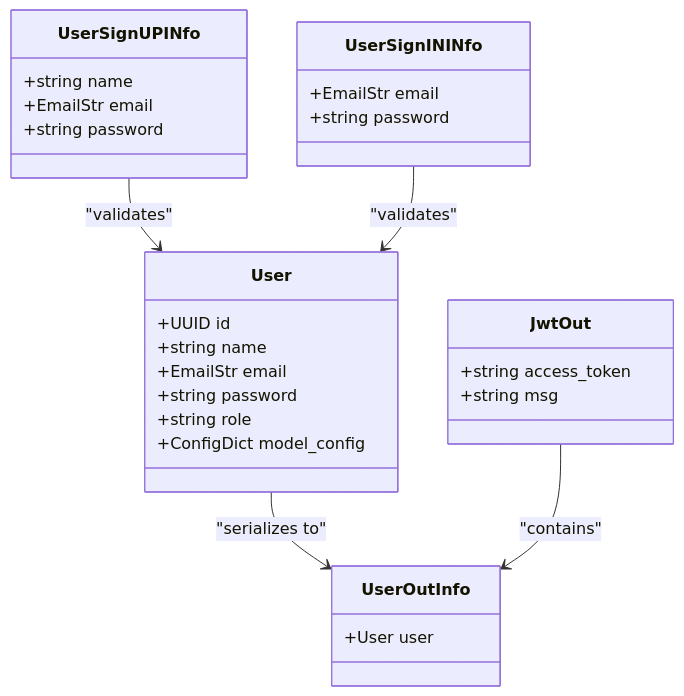
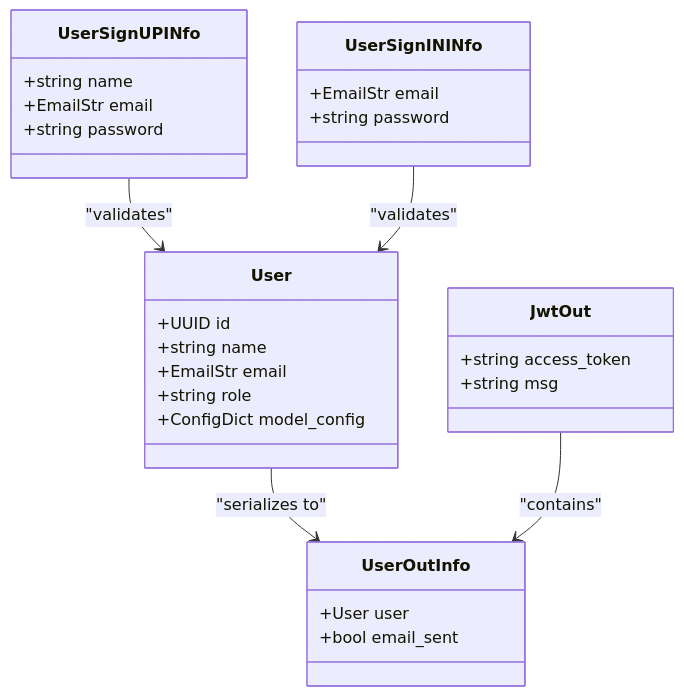
One commit to srikant-panda/auth-service changed the fourth of 8 diagrams in .qoder/repowiki/en/content/Core Concepts/Data Models and Pydantic Integration.md. Above: the diagram before and after it, drawn with Mermaid. The commit also changed other lines of this file and 11 other files, not shown here.

````diff
--- a/.qoder/repowiki/en/content/Core Concepts/Data Models and Pydantic Integration.md
+++ b/.qoder/repowiki/en/content/Core Concepts/Data Models and Pydantic Integration.md
@@ -197,31 +212,31 @@
 ```mermaid
 classDiagram
 class User {
 +UUID id
 +string name
 +EmailStr email
-+string password
 +string role
 +ConfigDict model_config
 }
 class UserSignUPINfo {
 +string name
 +EmailStr email
 +string password
 }
 class UserSignININfo {
 +EmailStr email
 +string password
 }
 class UserOutInfo {
 +User user
++bool email_sent
 }
 class JwtOut {
 +string access_token
 +string msg
 }
 UserSignUPINfo --> User : "validates"
 UserSignININfo --> User : "validates"
 User --> UserOutInfo : "serializes to"
 JwtOut --> UserOutInfo : "contains"
 ```
````
